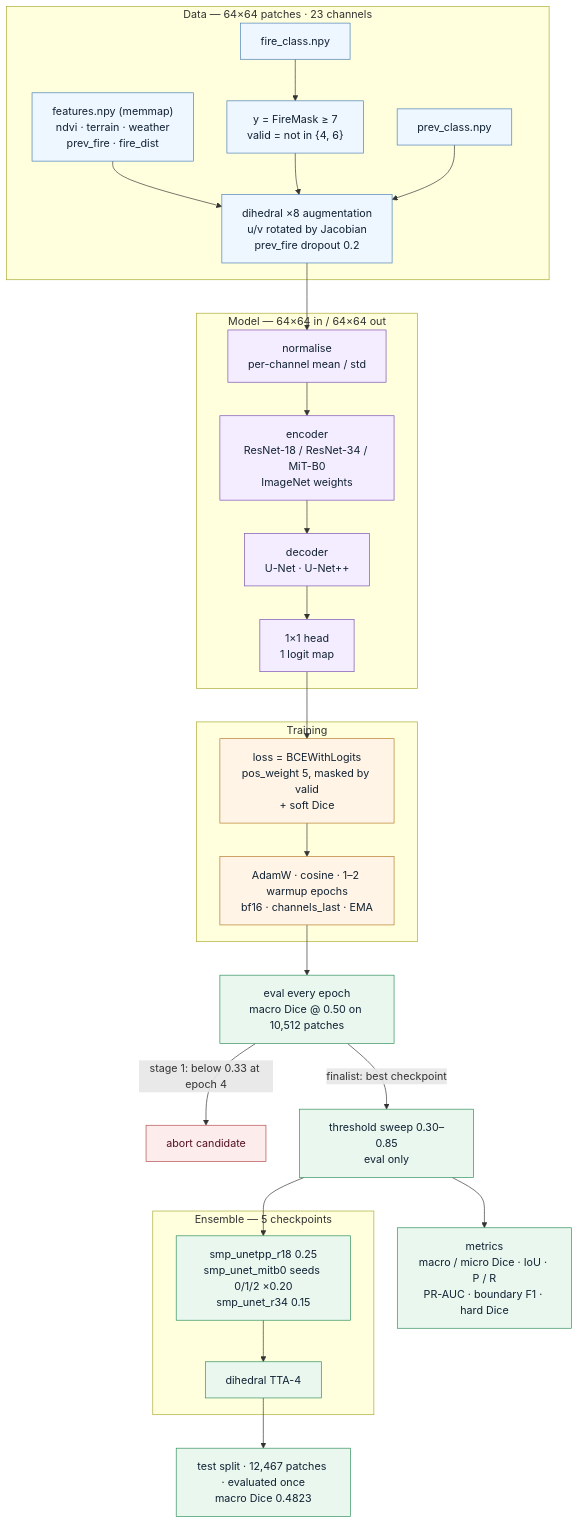
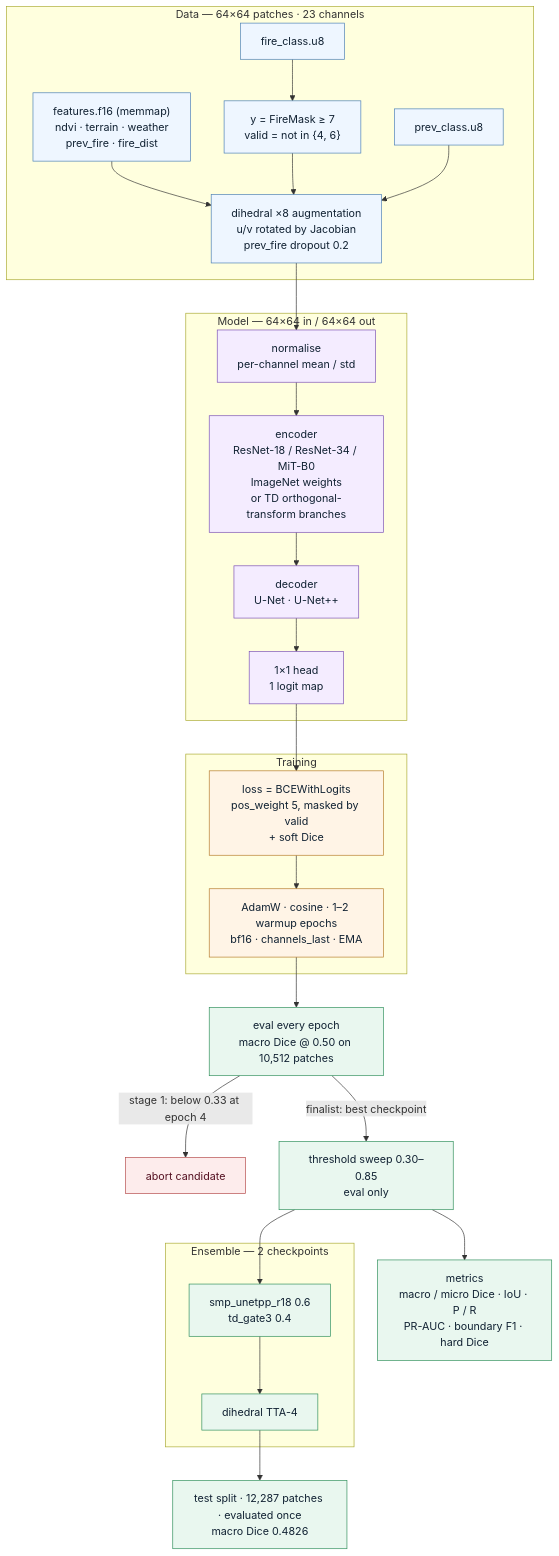
Before and after one commit to AneKazek/wildfire: the first of 2 diagrams in docs/ARCHITECTURE.md, drawn with Mermaid. The commit also changed other lines of this file and 21 other files, not shown here.

Commit message:
TD trunk: diagram, soft/noscar knobs, round-2 candidates, prep module

````diff
--- a/docs/ARCHITECTURE.md
+++ b/docs/ARCHITECTURE.md
@@ -6,57 +9,57 @@
 ```mermaid
 flowchart TB
   subgraph DATA["Data — 64×64 patches · 23 channels"]
-    F["features.npy (memmap)<br/>ndvi · terrain · weather<br/>prev_fire · fire_dist"]
-    C["fire_class.npy"]
-    P["prev_class.npy"]
+    F["features.f16 (memmap)<br/>ndvi · terrain · weather<br/>prev_fire · fire_dist"]
+    C["fire_class.u8"]
+    P["prev_class.u8"]
     T["y = FireMask ≥ 7<br/>valid = not in {4, 6}"]
     A["dihedral ×8 augmentation<br/>u/v rotated by Jacobian<br/>prev_fire dropout 0.2"]
     C --> T
     F --> A
     T --> A
     P --> A
   end
 
   subgraph MODEL["Model — 64×64 in / 64×64 out"]
     N["normalise<br/>per-channel mean / std"]
-    E["encoder<br/>ResNet-18 / ResNet-34 / MiT-B0<br/>ImageNet weights"]
+    E["encoder<br/>ResNet-18 / ResNet-34 / MiT-B0<br/>ImageNet weights<br/>or TD orthogonal-transform branches"]
     D["decoder<br/>U-Net · U-Net++"]
     H["1×1 head<br/>1 logit map"]
     N --> E --> D --> H
   end
 
   A --> N
 
   subgraph TRAIN["Training"]
     L["loss = BCEWithLogits<br/>pos_weight 5, masked by valid<br/>+ soft Dice"]
     O["AdamW · cosine · 1–2 warmup epochs<br/>bf16 · channels_last · EMA"]
     L --> O
   end
 
   H --> L
   O --> V["eval every epoch<br/>macro Dice @ 0.50 on 10,512 patches"]
 
   V -->|"stage 1: below 0.33 at epoch 4"| X["abort candidate"]
   V -->|"finalist: best checkpoint"| S["threshold sweep 0.30–0.85<br/>eval only"]
   S --> M["metrics<br/>macro / micro Dice · IoU · P / R<br/>PR-AUC · boundary F1 · hard Dice"]
 
-  subgraph ENS["Ensemble — 5 checkpoints"]
-    W["smp_unetpp_r18 0.25<br/>smp_unet_mitb0 seeds 0/1/2 ×0.20<br/>smp_unet_r34 0.15"]
+  subgraph ENS["Ensemble — 2 checkpoints"]
+    W["smp_unetpp_r18 0.6<br/>td_gate3 0.4"]
     TT["dihedral TTA-4"]
     W --> TT
   end
 
   S --> W
-  TT --> TEST["test split · 12,467 patches · evaluated once<br/>macro Dice 0.4823"]
+  TT --> TEST["test split · 12,287 patches · evaluated once<br/>macro Dice 0.4826"]
 
   classDef data fill:#eef6ff,stroke:#4a7fb5,color:#123
   classDef model fill:#f4ecff,stroke:#7a4fb5,color:#123
   classDef train fill:#fff4e6,stroke:#b57b2a,color:#123
   classDef eval fill:#e9f7ef,stroke:#2f8f5b,color:#123
   classDef rej fill:#fdecec,stroke:#b54a4a,color:#512
   class F,C,P,T,A data
   class N,E,D,H model
   class L,O train
   class V,S,M,W,TT,TEST eval
   class X rej
 ```
````
